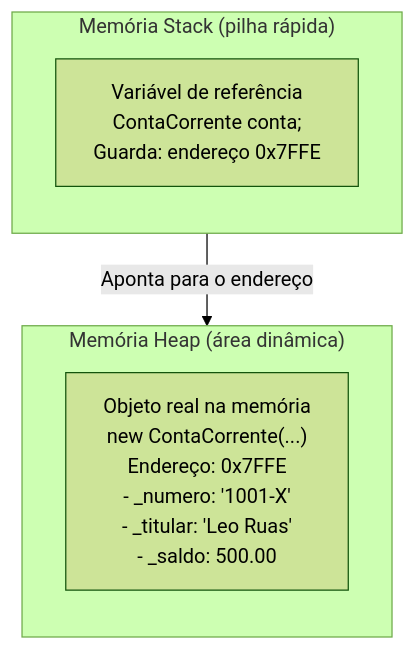
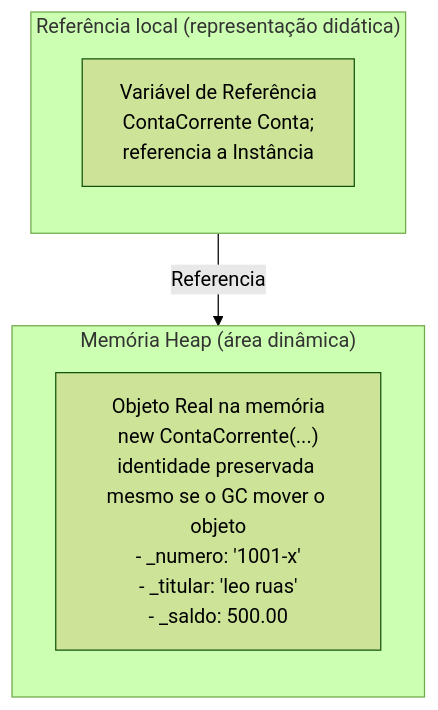
Before and after one commit to leorruas/puc: the fourth of 7 diagrams in 01. Programacao Modular/07. Atributos e métodos (classes, objetos e definição de membros).md, drawn with Mermaid (forest theme). The commit also changed other lines of this file and 10 other files, not shown here.

````diff
--- a/01. Programacao Modular/07. Atributos e métodos (classes, objetos e definição de membros).md
+++ b/01. Programacao Modular/07. Atributos e métodos (classes, objetos e definição de membros).md
@@ -228,14 +311,14 @@
 ```mermaid
 flowchart TD
-    subgraph Stack ["Memória Stack (pilha rápida)"]
+    subgraph Stack ["Referência local (representação didática)"]
         direction TB
-        Ref["Variável de referência<br>ContaCorrente conta;<br>Guarda: endereço 0x7FFE"]
+        Ref["Variável de Referência<br>ContaCorrente Conta;<br>referencia a Instância"]
     end
 
     subgraph Heap ["Memória Heap (área dinâmica)"]
         direction TB
-        Obj["Objeto real na memória<br>new ContaCorrente(...)<br>Endereço: 0x7FFE<br>- _numero: '1001-X'<br>- _titular: 'Leo Ruas'<br>- _saldo: 500.00"]
+        Obj["Objeto Real na memória<br>new ContaCorrente(...)<br>identidade preservada mesmo se o GC mover o objeto<br>- _numero: '1001-x'<br>- _titular: 'leo ruas'<br>- _saldo: 500.00"]
     end
 
-    Ref -->|Aponta para o endereço| Obj
+    Ref -->|Referencia| Obj
 ```
````
